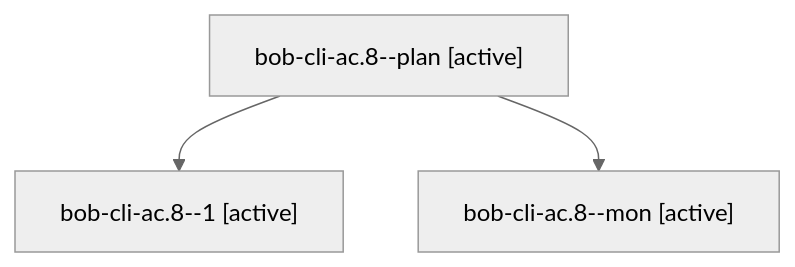
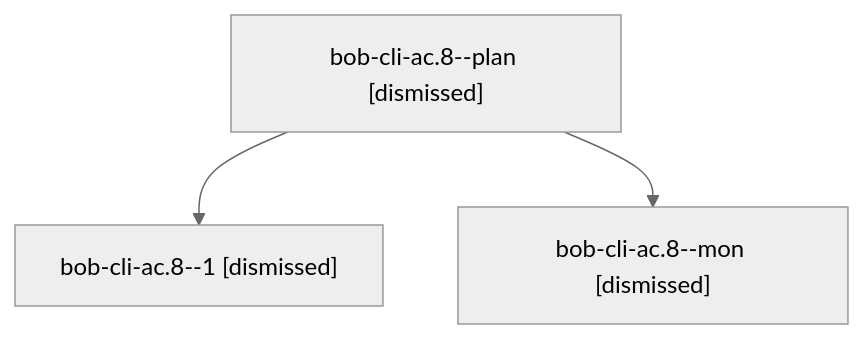
The diagram in sessions/bbugyi200.apollo.bob-cli-ac.8.md (bobs-org/bob-cli--agents), drawn with Mermaid (neutral theme) before and after one commit. The commit also changed other lines of this file and 225 other files, not shown here.

````diff
--- a/sessions/bbugyi200.apollo.bob-cli-ac.8.md
+++ b/sessions/bbugyi200.apollo.bob-cli-ac.8.md
@@ -9,8 +9,8 @@
 ```mermaid
 flowchart TD
-  n0["bob-cli-ac.8--plan [active]"]
-  n1["bob-cli-ac.8--1 [active]"]
+  n0["bob-cli-ac.8--plan [dismissed]"]
+  n1["bob-cli-ac.8--1 [dismissed]"]
   n0 --> n1
-  n2["bob-cli-ac.8--mon [active]"]
+  n2["bob-cli-ac.8--mon [dismissed]"]
   n0 --> n2
 ```
````
